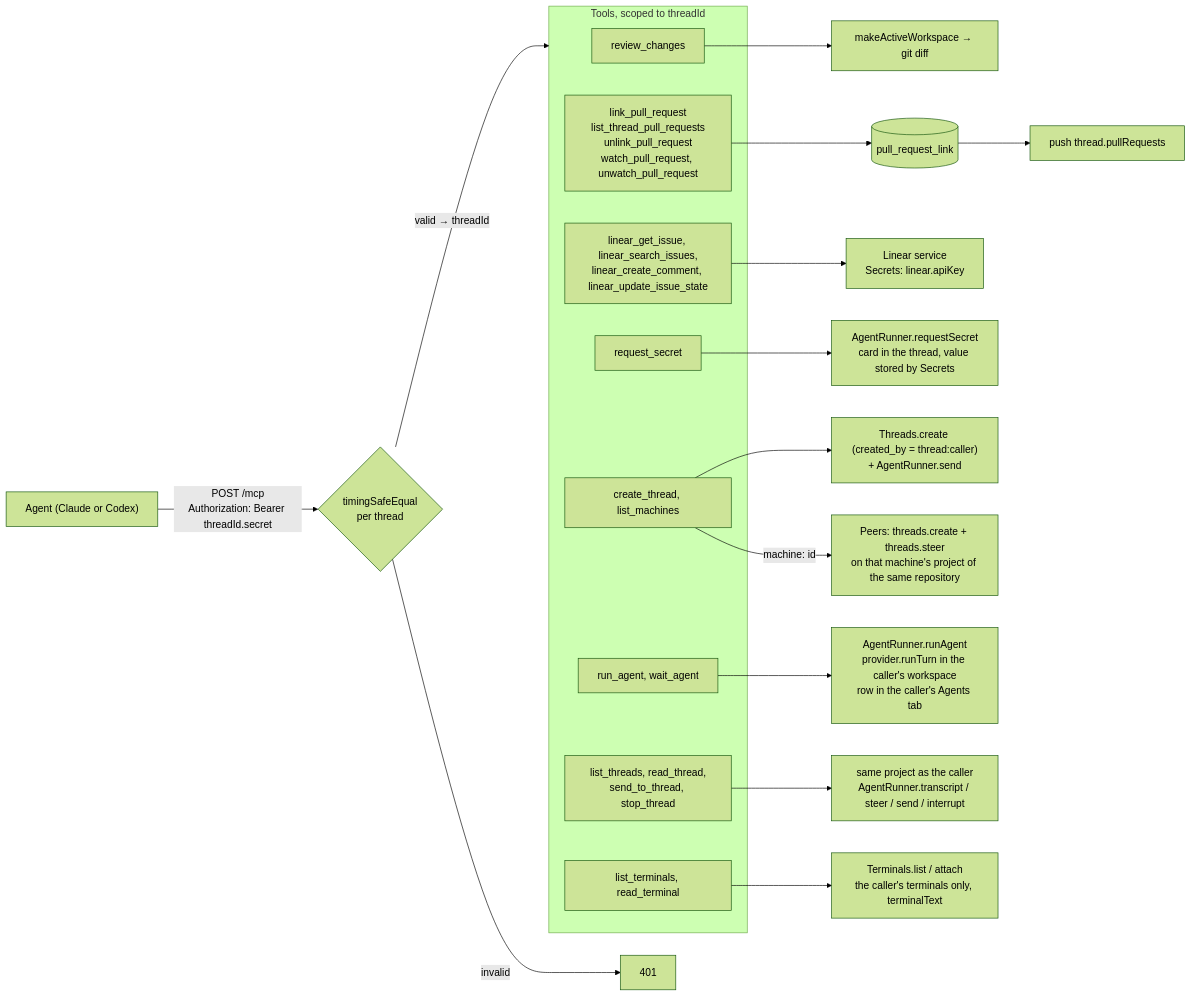
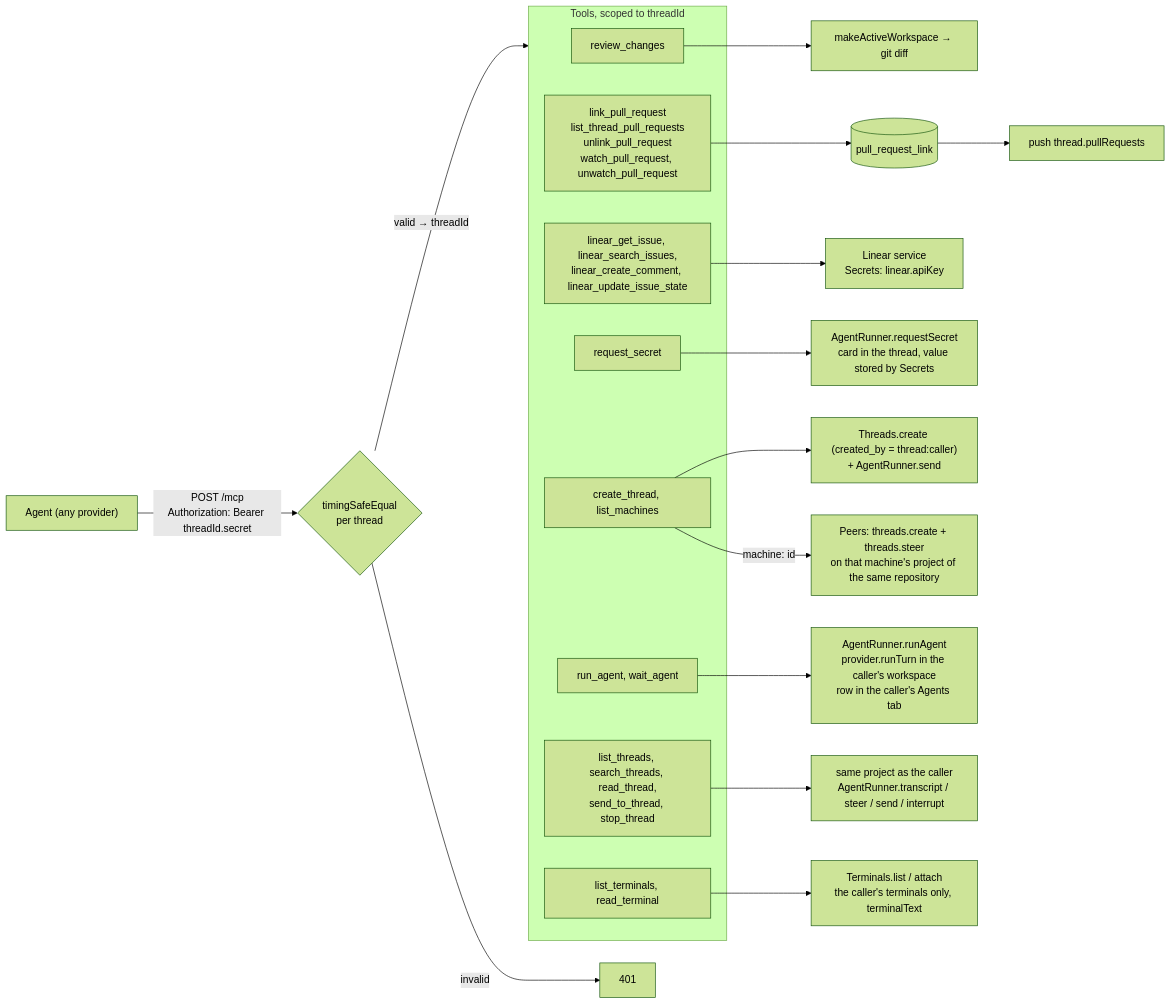
Diagram 16 of 19 in docs/arch.md (hinadev-ai/hinacode), drawn with Mermaid (forest theme) before and after one commit. The commit also changed other lines of this file, not shown here.

````diff
--- a/docs/arch.md
+++ b/docs/arch.md
@@ -648,25 +649,25 @@
 ```mermaid
 flowchart LR
-  agent["Agent (Claude or Codex)"] -- "POST /mcp<br/>Authorization: Bearer threadId.secret" --> auth{"timingSafeEqual<br/>per thread"}
+  agent["Agent (any provider)"] -- "POST /mcp<br/>Authorization: Bearer threadId.secret" --> auth{"timingSafeEqual<br/>per thread"}
   auth -- "valid → threadId" --> tools
   auth -- invalid --> deny["401"]
   subgraph tools["Tools, scoped to threadId"]
     review["review_changes"]
     prs["link_pull_request<br/>list_thread_pull_requests<br/>unlink_pull_request<br/>watch_pull_request, unwatch_pull_request"]
     linear["linear_get_issue, linear_search_issues,<br/>linear_create_comment, linear_update_issue_state"]
     secret["request_secret"]
     create["create_thread, list_machines"]
     run["run_agent, wait_agent"]
-    control["list_threads, read_thread,<br/>send_to_thread, stop_thread"]
+    control["list_threads, search_threads, read_thread,<br/>send_to_thread, stop_thread"]
     terms["list_terminals, read_terminal"]
   end
   review --> ws["makeActiveWorkspace → git diff"]
   prs --> db[("pull_request_link")] --> push["push thread.pullRequests"]
   linear --> apikey["Linear service<br/>Secrets: linear.apiKey"]
   secret --> runner["AgentRunner.requestSecret<br/>card in the thread, value stored by Secrets"]
   create --> threads["Threads.create (created_by = thread:caller)<br/>+ AgentRunner.send"]
   create -- "machine: id" --> peers["Peers: threads.create + threads.steer<br/>on that machine's project of the same repository"]
   run --> agentRun["AgentRunner.runAgent<br/>provider.runTurn in the caller's workspace<br/>row in the caller's Agents tab"]
   control --> scope["same project as the caller<br/>AgentRunner.transcript / steer / send / interrupt"]
   terms --> scrollback["Terminals.list / attach<br/>the caller's terminals only, terminalText"]
 ```
````
